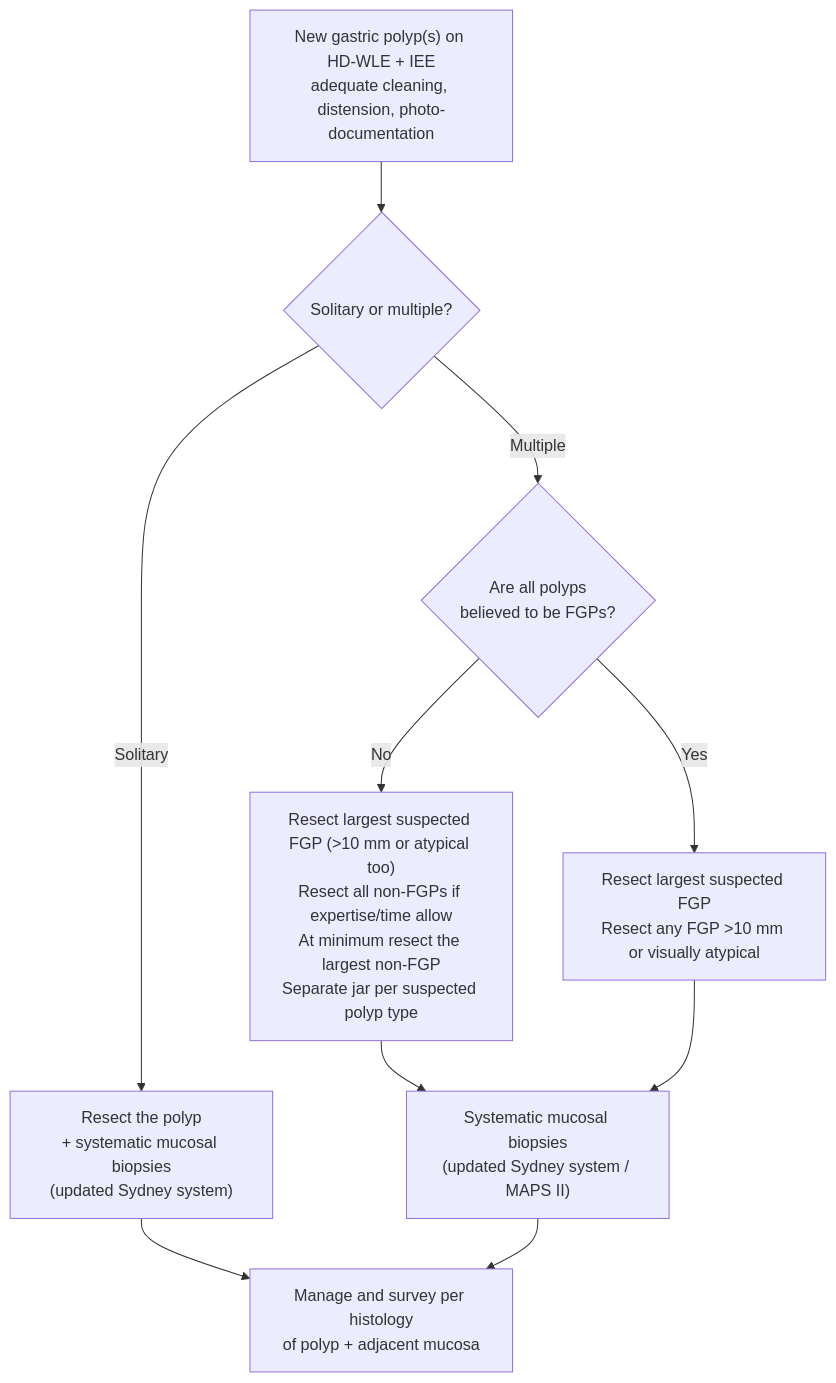
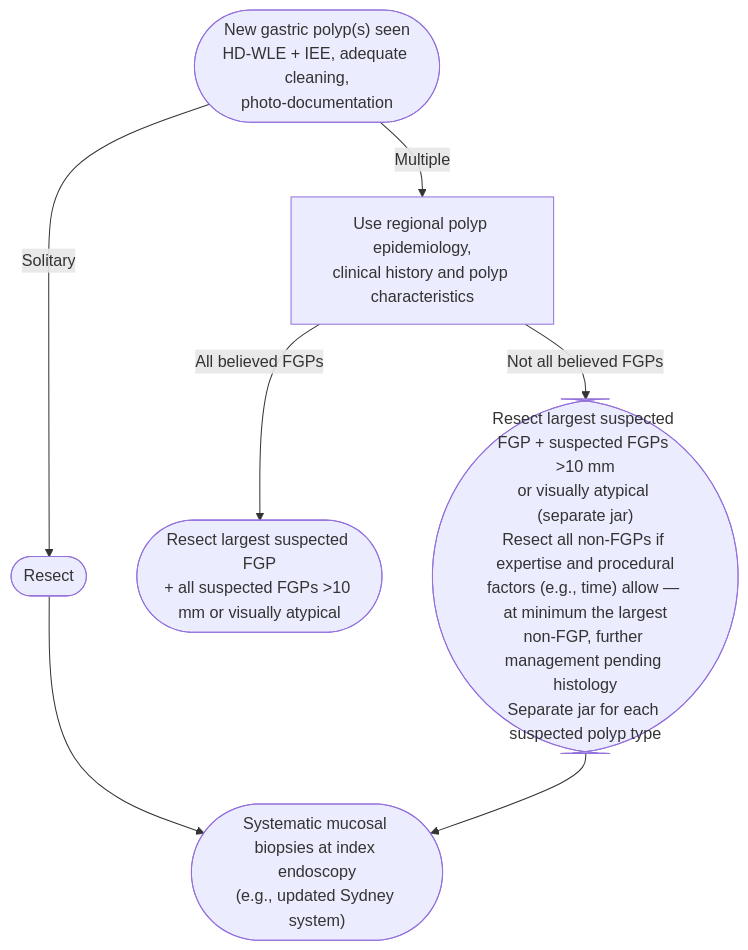
The diagram in KHNL-GI-Wiki/wiki/1-disease-scripts/foregut-and-motility-diseases/gastric/gastric-polyps.md (KHNickLeMD/KHNL-GI-Wiki), drawn with Mermaid before and after one commit. The commit also changed other lines of this file and 15 other files, not shown here.

Commit message:
lint: quality review (2nd run) — upper-endoscopy, gastric polyps, ICI colitis, IBD pain reviewed + verified; 7 source pages verified

````diff
--- a/KHNL-GI-Wiki/wiki/1-disease-scripts/foregut-and-motility-diseases/gastric/gastric-polyps.md
+++ b/KHNL-GI-Wiki/wiki/1-disease-scripts/foregut-and-motility-diseases/gastric/gastric-polyps.md
@@ -120,12 +137,12 @@
 ```mermaid
 flowchart TD
-    A["New gastric polyp(s) on HD-WLE + IEE<br/>adequate cleaning, distension, photo-documentation"] --> B{"Solitary or multiple?"}
-    B -->|Solitary| C["Resect the polyp<br/>+ systematic mucosal biopsies<br/>(updated Sydney system)"]
-    B -->|Multiple| D{"Are all polyps<br/>believed to be FGPs?"}
-    D -->|Yes| E["Resect largest suspected FGP<br/>Resect any FGP >10 mm or visually atypical"]
-    D -->|No| F["Resect largest suspected FGP (>10 mm or atypical too)<br/>Resect all non-FGPs if expertise/time allow<br/>At minimum resect the largest non-FGP<br/>Separate jar per suspected polyp type"]
-    F --> G["Systematic mucosal biopsies<br/>(updated Sydney system / MAPS II)"]
-    E --> G
-    C --> H["Manage and survey per histology<br/>of polyp + adjacent mucosa"]
-    G --> H
+    A(["New gastric polyp(s) seen<br/>HD-WLE + IEE, adequate cleaning,<br/>photo-documentation"]) -- "Solitary" --> R(["Resect"])
+    A -- "Multiple" --> K["Use regional polyp epidemiology,<br/>clinical history and polyp characteristics"]
+    K -- "All believed FGPs" --> F(["Resect largest suspected FGP<br/>+ all suspected FGPs >10 mm or visually atypical"])
+    K -- "Not all believed FGPs" --> N(["Resect largest suspected FGP + suspected FGPs >10 mm<br/>or visually atypical (separate jar)<br/>Resect all non-FGPs if expertise and procedural<br/>factors (e.g., time) allow — at minimum the largest<br/>non-FGP, further management pending histology<br/>Separate jar for each suspected polyp type"])
+    R --> S(["Systematic mucosal biopsies at index endoscopy<br/>(e.g., updated Sydney system)"])
+    N --> S
+    class A start
+    class K test
+    class R,F,N,S act
 ```
````
